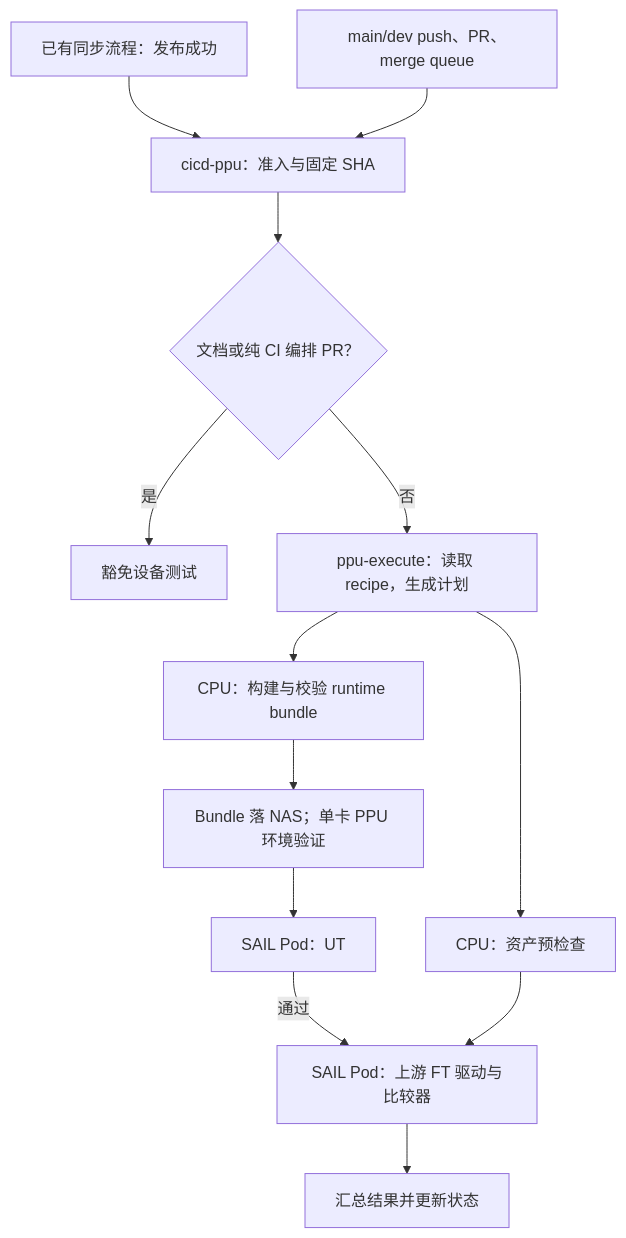
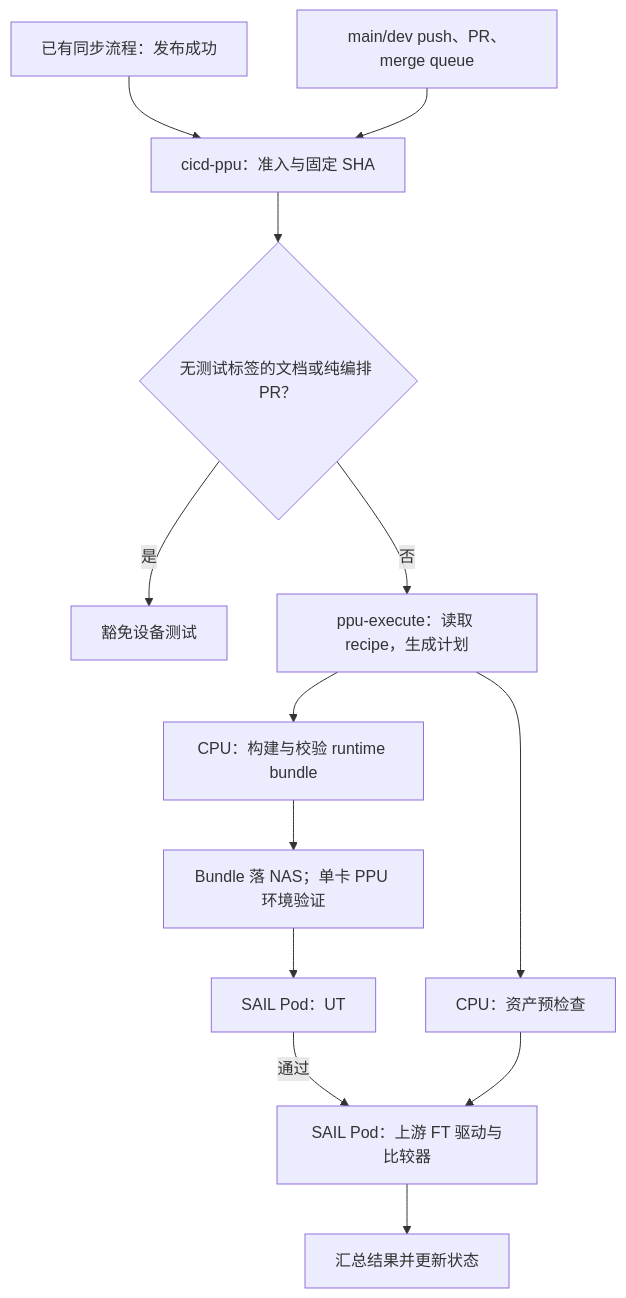
One commit to flytiger-eco/Megatron-LM-for-sail changed the diagram in docs/developer/ppu-ci.cn.md. Above: the diagram before and after it, drawn with Mermaid. The commit also changed other lines of this file and 5 other files, not shown here.

````diff
--- a/docs/developer/ppu-ci.cn.md
+++ b/docs/developer/ppu-ci.cn.md
@@ -10,15 +10,15 @@
 ```mermaid
 flowchart TD
     S[已有同步流程：发布成功] --> A[cicd-ppu：准入与固定 SHA]
     P[main/dev push、PR、merge queue] --> A
-    A --> Q{文档或纯 CI 编排 PR？}
+    A --> Q{无测试标签的文档或纯编排 PR？}
     Q -->|是| X[豁免设备测试]
     Q -->|否| C[ppu-execute：读取 recipe，生成计划]
     C --> D[CPU：资产预检查]
     C --> E[CPU：构建与校验 runtime bundle]
     E --> B[Bundle 落 NAS；单卡 PPU 环境验证]
     B --> U[SAIL Pod：UT]
     U -->|通过| F[SAIL Pod：上游 FT 驱动与比较器]
     D --> F
     F --> R[汇总结果并更新状态]
 ```
````
